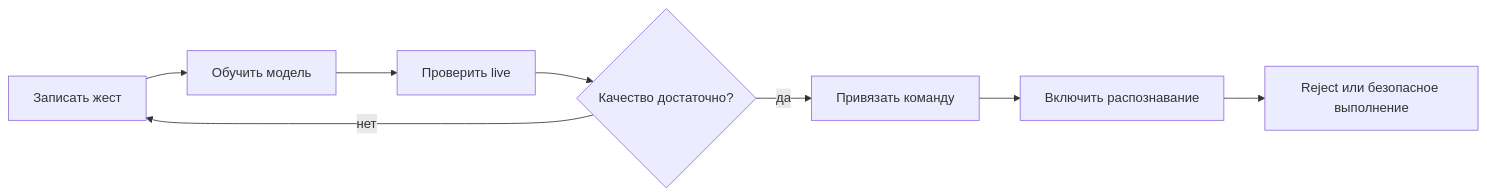
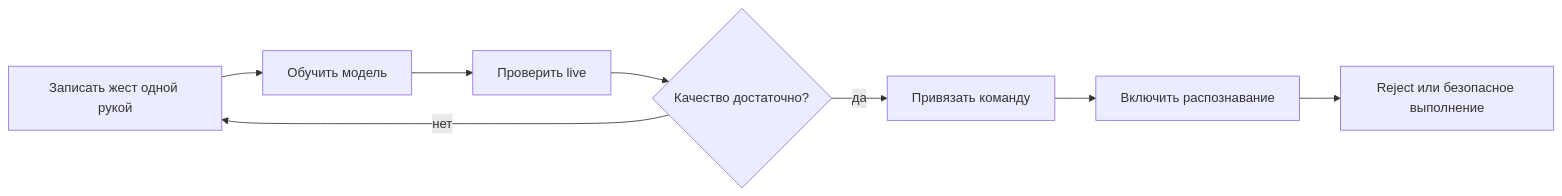
Before and after one commit to Rafaildavar/DPLM: the diagram in README.md, drawn with Mermaid. The commit also changed other lines of this file and 4 other files, not shown here.

````diff
--- a/README.md
+++ b/README.md
@@ -34,10 +52,10 @@
 ```mermaid
 flowchart LR
-    A["Записать жест"] --> B["Обучить модель"]
+    A["Записать жест одной рукой"] --> B["Обучить модель"]
     B --> C["Проверить live"]
     C --> D{"Качество достаточно?"}
     D -- "нет" --> A
     D -- "да" --> E["Привязать команду"]
     E --> F["Включить распознавание"]
     F --> G["Reject или безопасное выполнение"]
 ```
````
